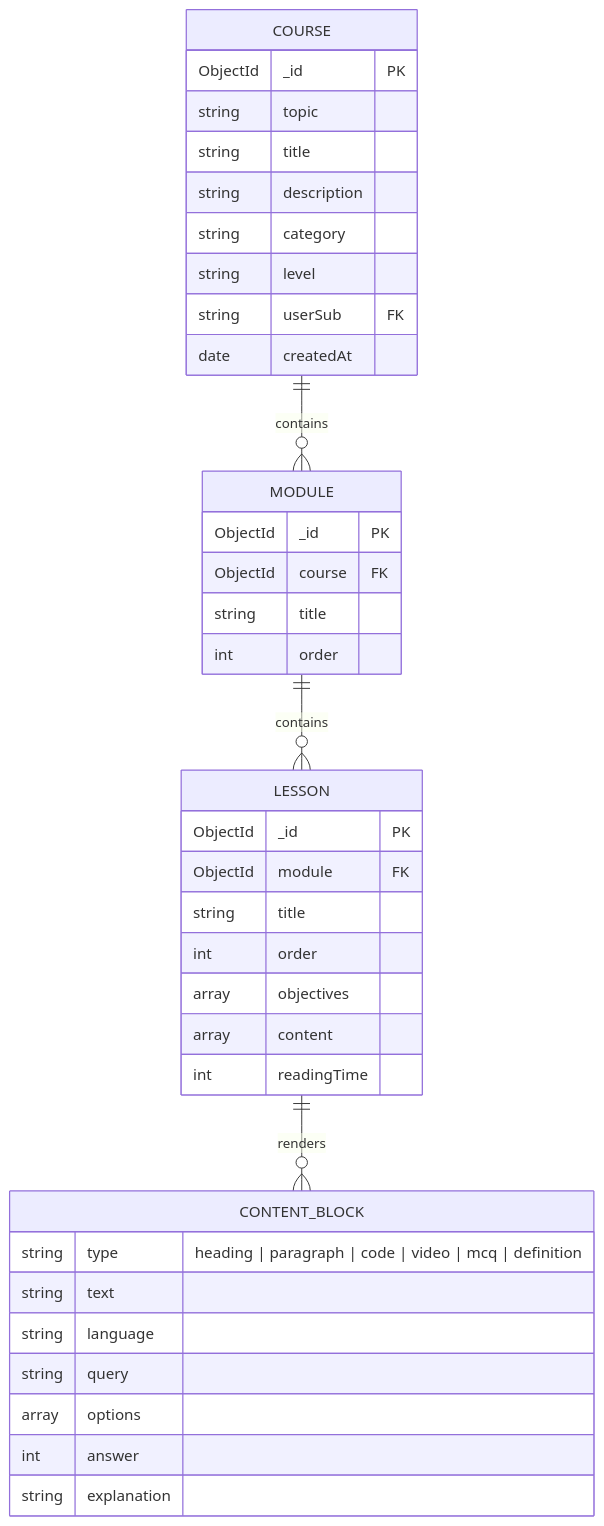
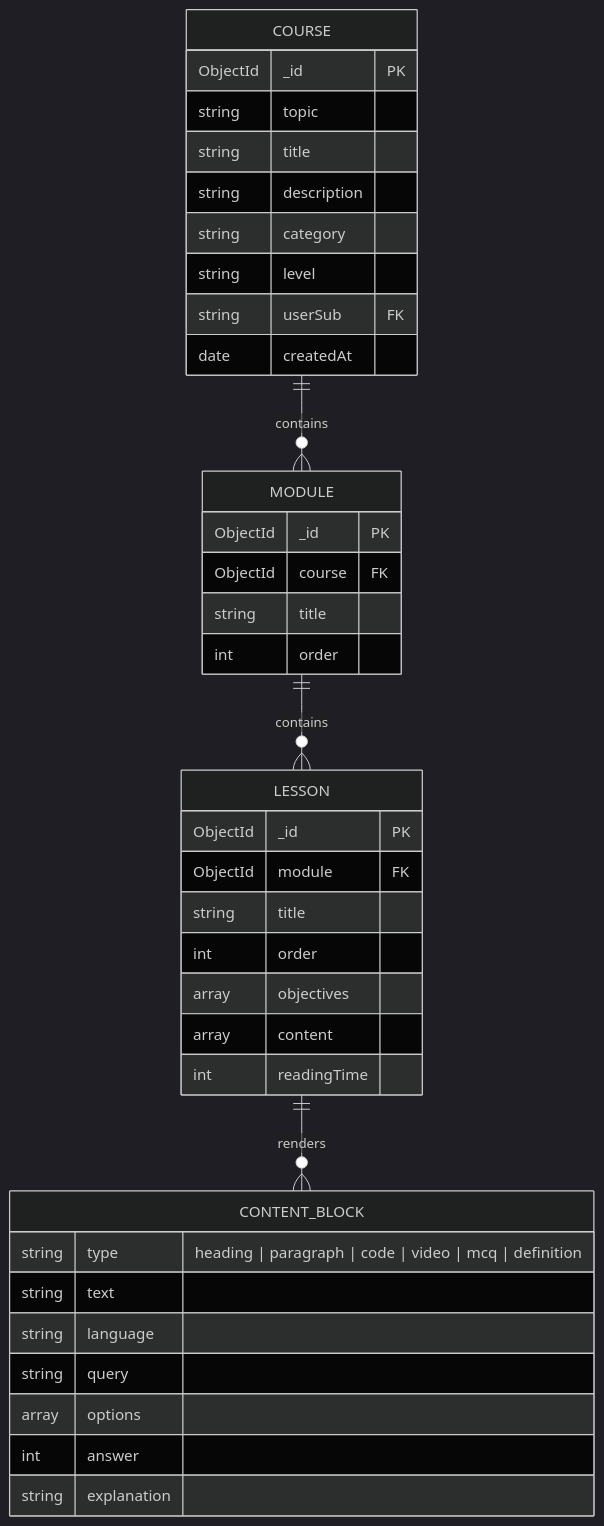
Before and after one commit to someshsinha/Socratic-AI: the second of 2 diagrams in README.md, drawn with Mermaid. The commit also changed other lines of this file and 1 other file, not shown here.

Commit message:
readme change

````diff
--- a/README.md
+++ b/README.md
@@ -121,44 +122,45 @@
 ```mermaid
+%%{init: {'theme': 'dark'}}%%
 erDiagram
     COURSE ||--o{ MODULE : contains
     MODULE ||--o{ LESSON : contains
     LESSON ||--o{ CONTENT_BLOCK : renders
 
     COURSE {
         ObjectId _id PK
         string topic
         string title
         string description
         string category
         string level
         string userSub FK
         date createdAt
     }
 
     MODULE {
         ObjectId _id PK
         ObjectId course FK
         string title
         int order
     }
 
     LESSON {
         ObjectId _id PK
         ObjectId module FK
         string title
         int order
         array objectives
         array content
         int readingTime
     }
 
     CONTENT_BLOCK {
         string type "heading | paragraph | code | video | mcq | definition"
         string text
         string language
         string query
         array options
         int answer
         string explanation
     }
 ```
````
